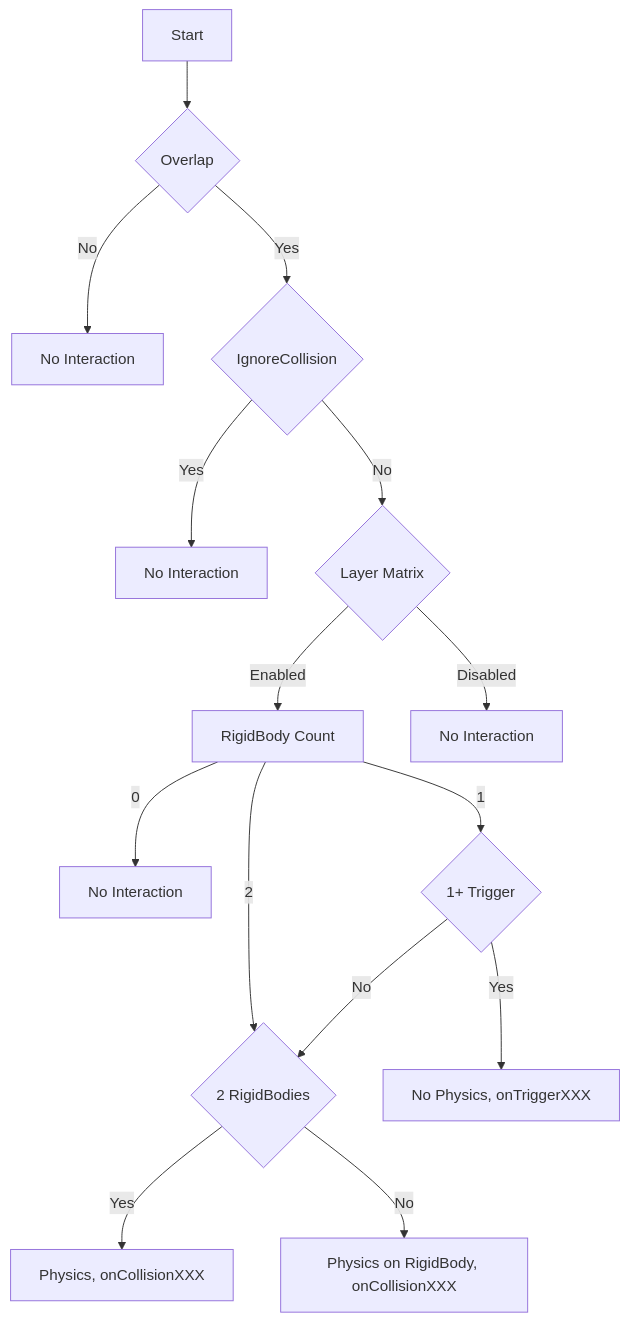
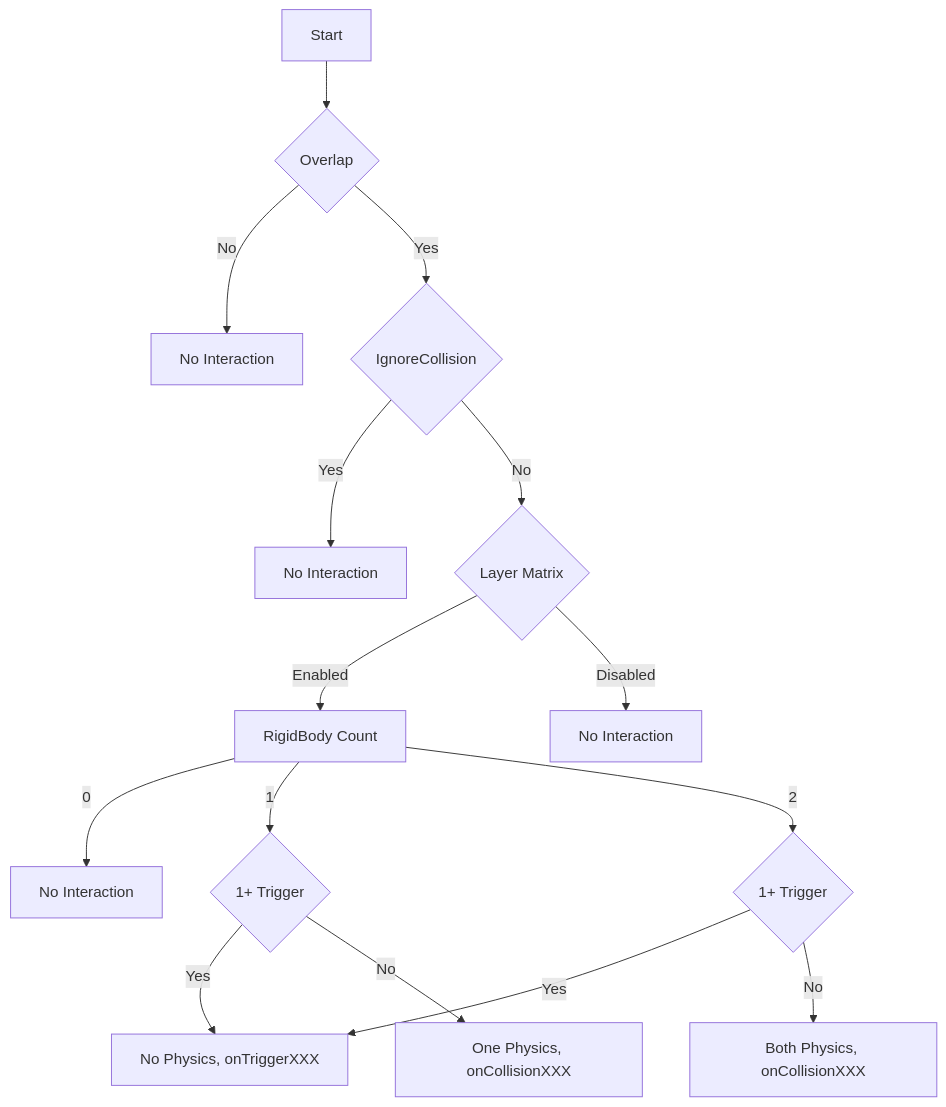
One commit to CS2510/CS.2510_Spring.2026_Topics changed the first of 3 diagrams in README.md. Above: the diagram before and after it, drawn with Mermaid.

Commit message:
More on Physics

````diff
--- a/README.md
+++ b/README.md
@@ -38,19 +38,18 @@
 ```mermaid
 graph TD
     A[Start] --> B{Overlap}
     B --> |No| Z[No Interaction]
     B -->|Yes| D{IgnoreCollision}
     D -->|Yes| Y[No Interaction]
     D -->|No| E{Layer Matrix}
     E -->|Enabled| F[RigidBody Count]
     E -->|Disabled| X[No Interaction]
     F -->|0| W[No Interaction]
     F -->|1| G{1+ Trigger}
-    F -->|2| I
+    F -->|2| M{1+ Trigger}
+    M -->|Yes| H
+    M -->|No| N[Both Physics, onCollisionXXX]
     G -->|Yes| H[No Physics, onTriggerXXX]
-    G -->|No| I{2 RigidBodies}
-    I -->|Yes| J[Physics, onCollisionXXX]
-    I -->|No| K[Physics on RigidBody, onCollisionXXX]
-    
+    G -->|No| K[One Physics, onCollisionXXX]
 
 ```
````
